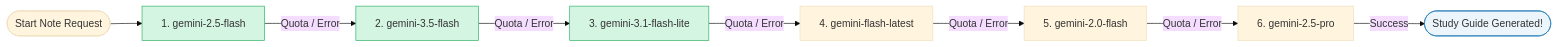
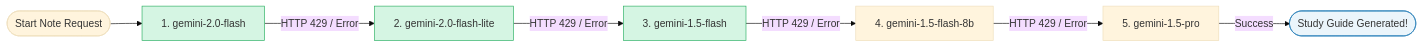
The first of 2 diagrams in README.md (anuragsutar887-hash/ai-notes-generator), drawn with Mermaid (base theme) before and after one commit. The commit also changed other lines of this file and 9 other files, not shown here.

````diff
--- a/README.md
+++ b/README.md
@@ -101,15 +95,14 @@
 ```mermaid
 graph LR
-    Start([Start Note Request]) --> M1[1. gemini-2.5-flash]
-    M1 -- Quota / Error --> M2[2. gemini-3.5-flash]
-    M2 -- Quota / Error --> M3[3. gemini-3.1-flash-lite]
-    M3 -- Quota / Error --> M4[4. gemini-flash-latest]
-    M4 -- Quota / Error --> M5[5. gemini-2.0-flash]
-    M5 -- Quota / Error --> M6[6. gemini-2.5-pro]
-    M6 -- Success --> End([Study Guide Generated!])
+    Start([Start Note Request]) --> M1[1. gemini-2.0-flash]
+    M1 -- HTTP 429 / Error --> M2[2. gemini-2.0-flash-lite]
+    M2 -- HTTP 429 / Error --> M3[3. gemini-1.5-flash]
+    M3 -- HTTP 429 / Error --> M4[4. gemini-1.5-flash-8b]
+    M4 -- HTTP 429 / Error --> M5[5. gemini-1.5-pro]
+    M5 -- Success --> End([Study Guide Generated!])
     
     style M1 fill:#d5f5e3,stroke:#27ae60
     style M2 fill:#d5f5e3,stroke:#27ae60
     style M3 fill:#d5f5e3,stroke:#27ae60
     style End fill:#ebf5fb,stroke:#2980b9
 ```
````
